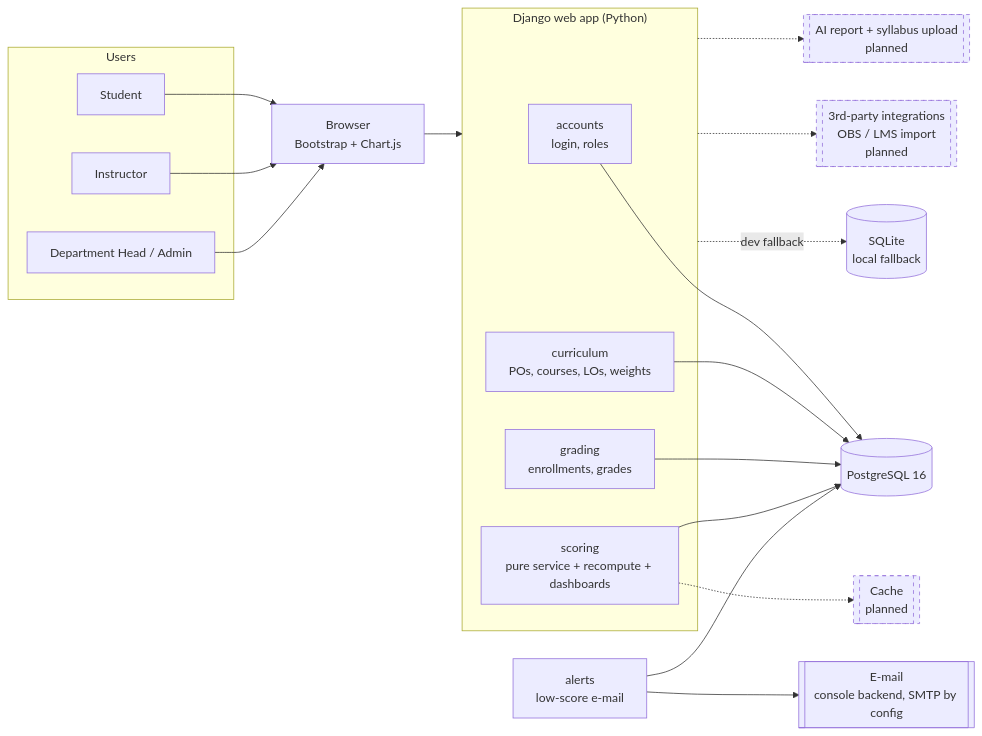
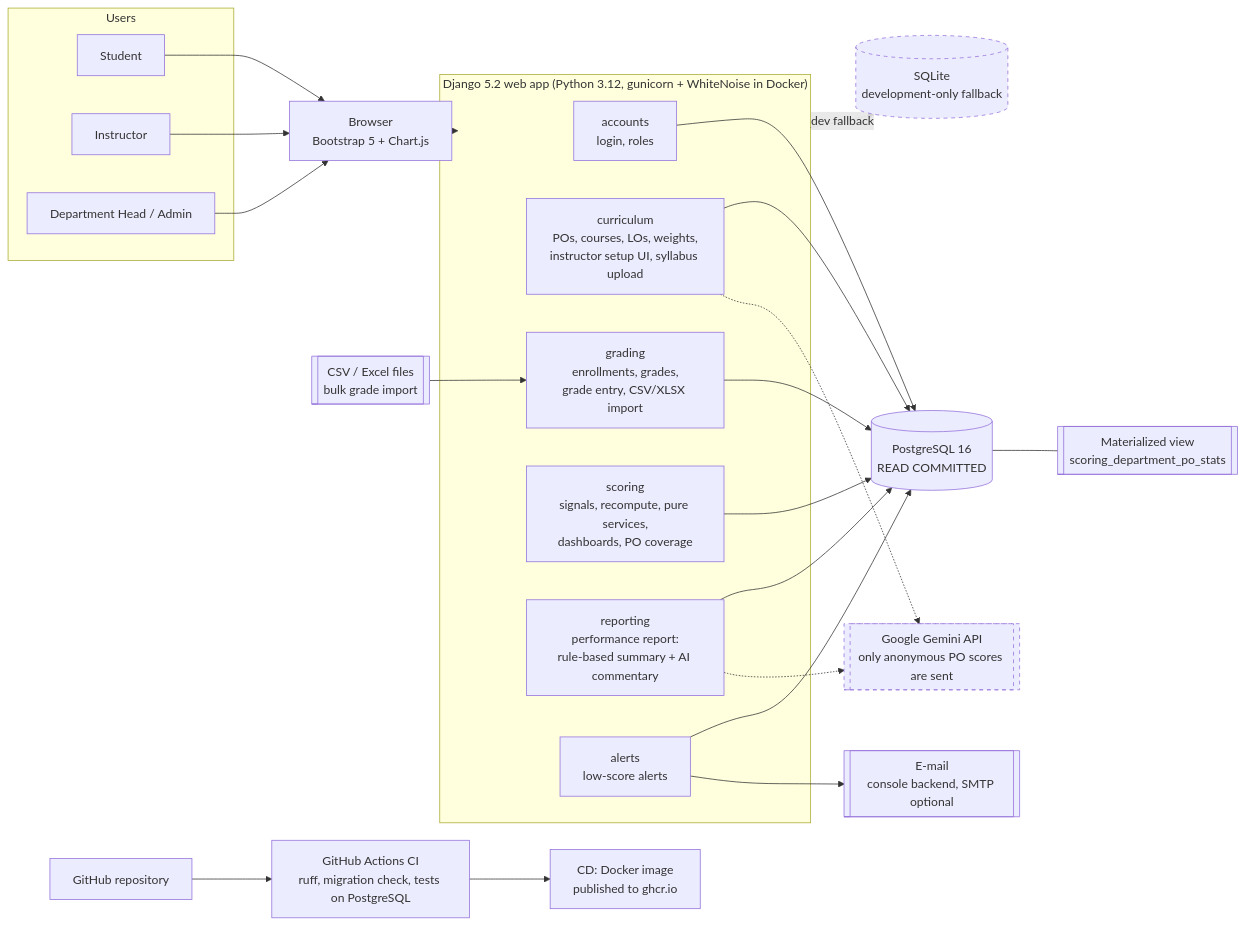
The first of 2 diagrams in docs/architecture.md (teomanksrc/cse311-project), drawn with Mermaid before and after one commit. The commit also changed other lines of this file and 6 other files, not shown here.

First line of the commit message:
Update diagrams and backlog to the current system

````diff
--- a/docs/architecture.md
+++ b/docs/architecture.md
@@ -5,38 +5,42 @@
 ```mermaid
 flowchart LR
     subgraph Users
         S[Student]
         I[Instructor]
         H[Department Head / Admin]
     end
 
-    B[Browser<br/>Bootstrap + Chart.js]
+    B[Browser<br/>Bootstrap 5 + Chart.js]
 
-    subgraph Django["Django web app (Python)"]
+    subgraph Django["Django 5.2 web app (Python 3.12, gunicorn + WhiteNoise in Docker)"]
         A[accounts<br/>login, roles]
-        C[curriculum<br/>POs, courses, LOs, weights]
-        G[grading<br/>enrollments, grades]
-        SC[scoring<br/>pure service + recompute + dashboards]
+        C[curriculum<br/>POs, courses, LOs, weights,<br/>instructor setup UI, syllabus upload]
+        G[grading<br/>enrollments, grades,<br/>grade entry, CSV/XLSX import]
+        SC[scoring<br/>signals, recompute, pure services,<br/>dashboards, PO coverage]
+        RP[reporting<br/>performance report:<br/>rule-based summary + AI commentary]
+        AL[alerts<br/>low-score alerts]
     end
 
-    DB[(PostgreSQL 16)]
-    SQLITE[(SQLite<br/>local fallback)]
+    DB[(PostgreSQL 16<br/>READ COMMITTED)]
+    MV[[Materialized view<br/>scoring_department_po_stats]]
+    SQLITE[(SQLite<br/>development-only fallback)]
 
-    CACHE[[Cache<br/>planned]]
-    AL[alerts<br/>low-score e-mail]
-    MAIL[[E-mail<br/>console backend, SMTP by config]]
-    EXT[[3rd-party integrations<br/>OBS / LMS import<br/>planned]]
-    AI[[AI report + syllabus upload<br/>planned]]
+    GEM[[Google Gemini API<br/>only anonymous PO scores are sent]]
+    MAIL[[E-mail<br/>console backend, SMTP optional]]
+    FILES[[CSV / Excel files<br/>bulk grade import]]
+
+    GH[GitHub repository] --> CI[GitHub Actions CI<br/>ruff, migration check, tests on PostgreSQL]
+    CI --> CD[CD: Docker image<br/>published to ghcr.io]
 
     S & I & H --> B --> Django
-    A & C & G & SC & AL --> DB
+    A & C & G & SC & RP & AL --> DB
+    DB --- MV
     Django -. dev fallback .-> SQLITE
-    SC -.-> CACHE
+    RP -.-> GEM
+    C -.-> GEM
     AL --> MAIL
-    Django -.-> EXT
-    Django -.-> AI
+    FILES --> G
 
-    style CACHE stroke-dasharray: 5 5
-    style EXT stroke-dasharray: 5 5
-    style AI stroke-dasharray: 5 5
+    style SQLITE stroke-dasharray: 5 5
+    style GEM stroke-dasharray: 5 5
 ```
````
